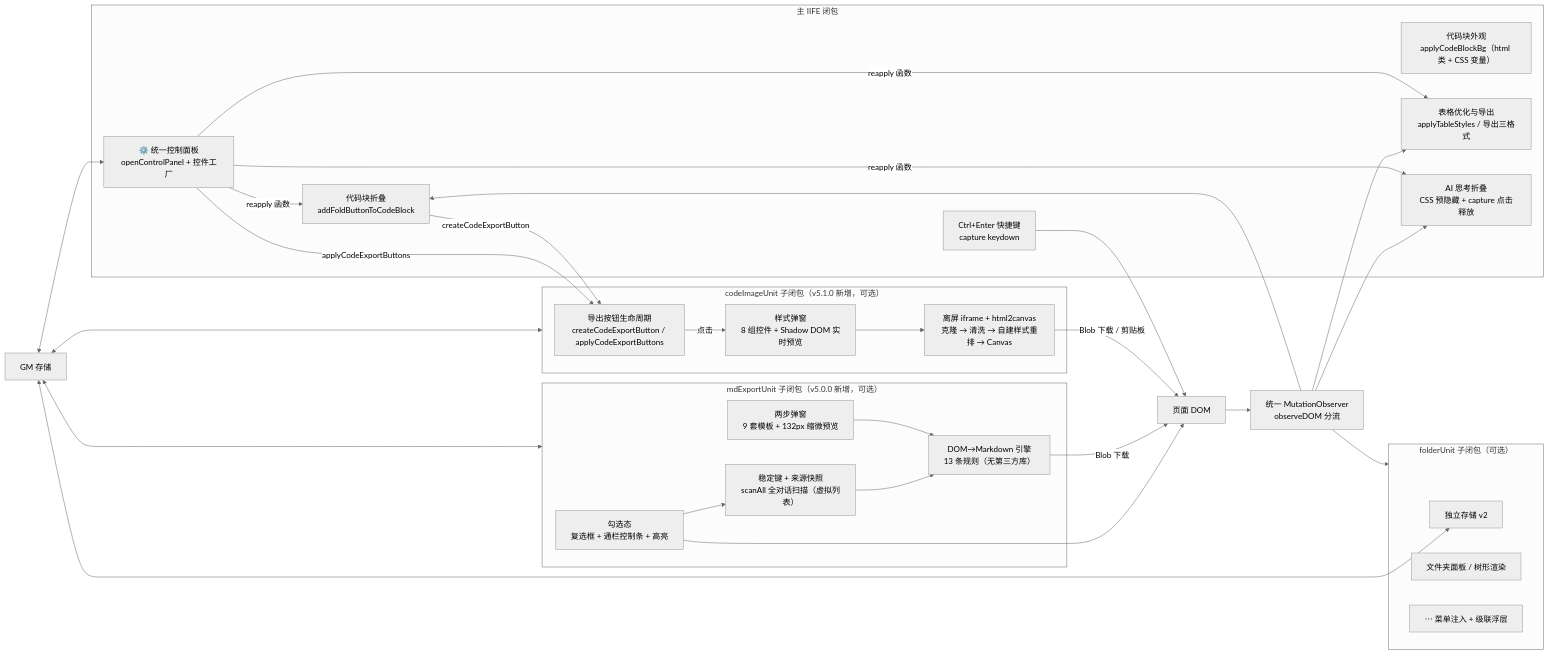
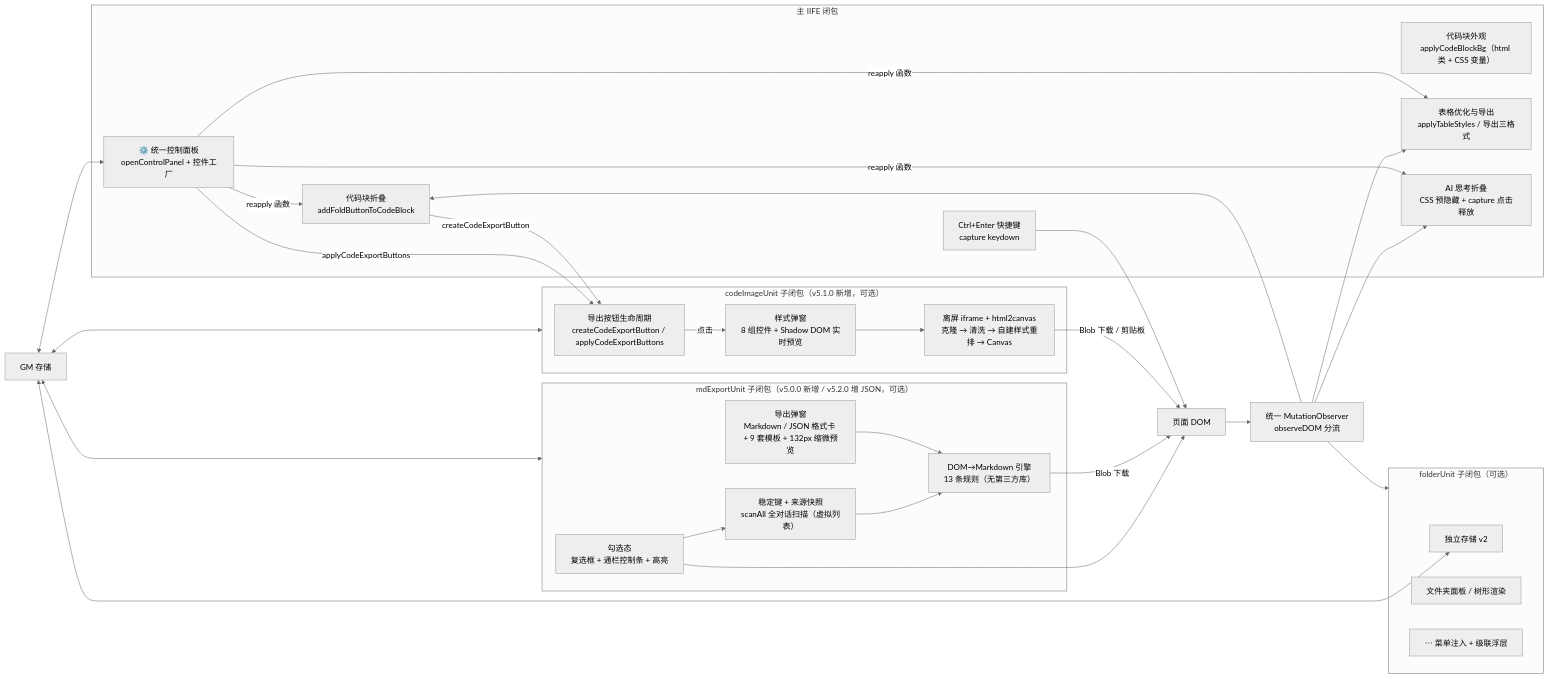
One commit to Chuc-Jie/deepseektool changed the first of 4 diagrams in MAP.md. Above: the diagram before and after it, drawn with Mermaid (neutral theme). The commit also changed other lines of this file and 4 other files, not shown here.

First line of the commit message:
feat(md-export): 新增 JSON 导出格式并同步 v5.2.0

````diff
--- a/MAP.md
+++ b/MAP.md
@@ -47,47 +47,47 @@
 ```mermaid
 flowchart LR
     subgraph Main["主 IIFE 闭包"]
         Panel["⚙️ 统一控制面板<br/>openControlPanel + 控件工厂"]
         Fold["代码块折叠<br/>addFoldButtonToCodeBlock"]
         CodeBg["代码块外观<br/>applyCodeBlockBg（html 类 + CSS 变量）"]
         Table["表格优化与导出<br/>applyTableStyles / 导出三格式"]
         Think["AI 思考折叠<br/>CSS 预隐藏 + capture 点击释放"]
         Keys["Ctrl+Enter 快捷键<br/>capture keydown"]
     end
     subgraph Folder["folderUnit 子闭包（可选）"]
         FData["独立存储 v2"]
         FPanel["文件夹面板 / 树形渲染"]
         FMenu["⋯ 菜单注入 + 级联浮层"]
     end
-    subgraph MdExport["mdExportUnit 子闭包（v5.0.0 新增，可选）"]
+    subgraph MdExport["mdExportUnit 子闭包（v5.0.0 新增 / v5.2.0 增 JSON，可选）"]
         MScan["稳定键 + 来源快照<br/>scanAll 全对话扫描（虚拟列表）"]
-        MDialog["两步弹窗<br/>9 套模板 + 132px 缩微预览"]
+        MDialog["导出弹窗<br/>Markdown / JSON 格式卡 + 9 套模板 + 132px 缩微预览"]
         MConv["DOM→Markdown 引擎<br/>13 条规则（无第三方库）"]
         MFlow["勾选态<br/>复选框 + 通栏控制条 + 高亮"]
     end
     subgraph CodeImg["codeImageUnit 子闭包（v5.1.0 新增，可选）"]
         CIBtn["导出按钮生命周期<br/>createCodeExportButton / applyCodeExportButtons"]
         CIDialog["样式弹窗<br/>8 组控件 + Shadow DOM 实时预览"]
         CIRender["离屏 iframe + html2canvas<br/>克隆 → 清洗 → 自建样式重排 → Canvas"]
     end
     DOM["页面 DOM"] --> Observer["统一 MutationObserver<br/>observeDOM 分流"]
     Observer --> Fold
     Observer --> Table
     Observer --> Think
     Observer --> Folder
     GM["GM 存储"] <--> Panel
     GM <--> FData
     GM <--> MdExport
     GM <--> CodeImg
     Panel -->|"reapply 函数"| Fold & Table & Think
     Panel -->|"applyCodeExportButtons"| CIBtn
     Keys --> DOM
     MFlow --> MScan --> MConv
     MDialog --> MConv
     MFlow --> DOM
     MConv -->|"Blob 下载"| DOM
     Fold -->|"createCodeExportButton"| CIBtn
     CIBtn -->|"点击"| CIDialog
     CIDialog --> CIRender
     CIRender -->|"Blob 下载 / 剪贴板"| DOM
 ```
````
